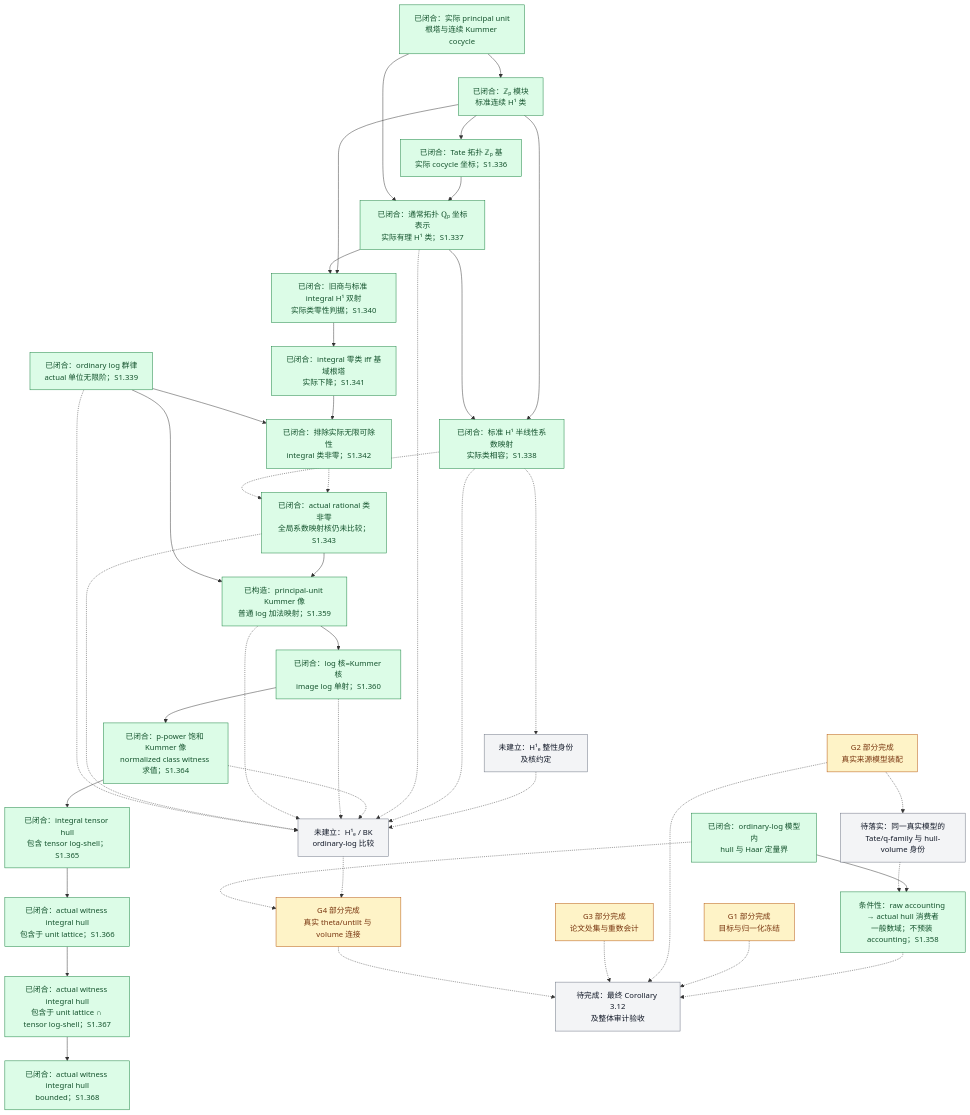
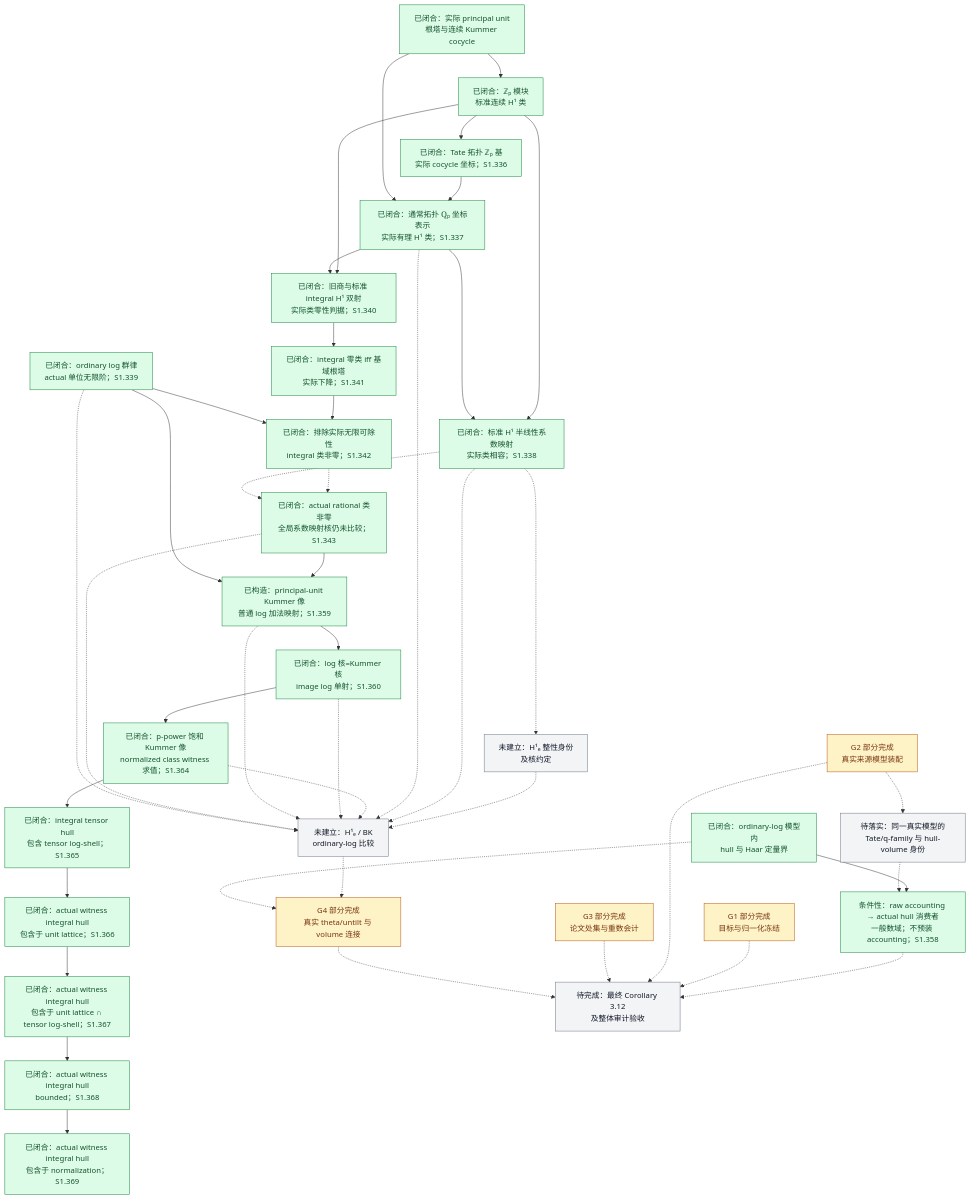
Before and after one commit to Ember-Institute/KirtiJoshi-abc: the diagram in docs/Scene1进度总览.md, drawn with Mermaid. The commit also changed other lines of this file and 4 other files, not shown here.

```diff
--- a/docs/Scene1进度总览.md
+++ b/docs/Scene1进度总览.md
@@ -91,6 +91,7 @@
     TU["已闭合：actual witness integral hull<br/>包含于 unit lattice；S1.366"]
     TI["已闭合：actual witness integral hull<br/>包含于 unit lattice ∩ tensor log-shell；S1.367"]
     TB["已闭合：actual witness integral hull<br/>bounded；S1.368"]
+    TN["已闭合：actual witness integral hull<br/>包含于 normalization；S1.369"]
     B["未建立：H¹ₑ / BK<br/>ordinary-log 比较"]
     H["已闭合：ordinary-log 模型内<br/>hull 与 Haar 定量界"]
     L["已闭合：ordinary log 群律<br/>actual 单位无限阶；S1.339"]
@@ -128,6 +129,7 @@
     TS --> TU
     TU --> TI
     TI --> TB
+    TB --> TN
     KK -.-> B
     KL -.-> B
     NQ -.-> B
@@ -149,7 +151,7 @@
     class K,Z,T,Q,H,I,L,C0,R0,N0 done;
     class G1,G2,G3,V partial;
     class J,B,C,VH open;
-    class RH,KS,TS,TU,TI,TB done;
+    class RH,KS,TS,TU,TI,TB,TN done;
     class KK done;
     class KL done;
     class NQ done;
```
